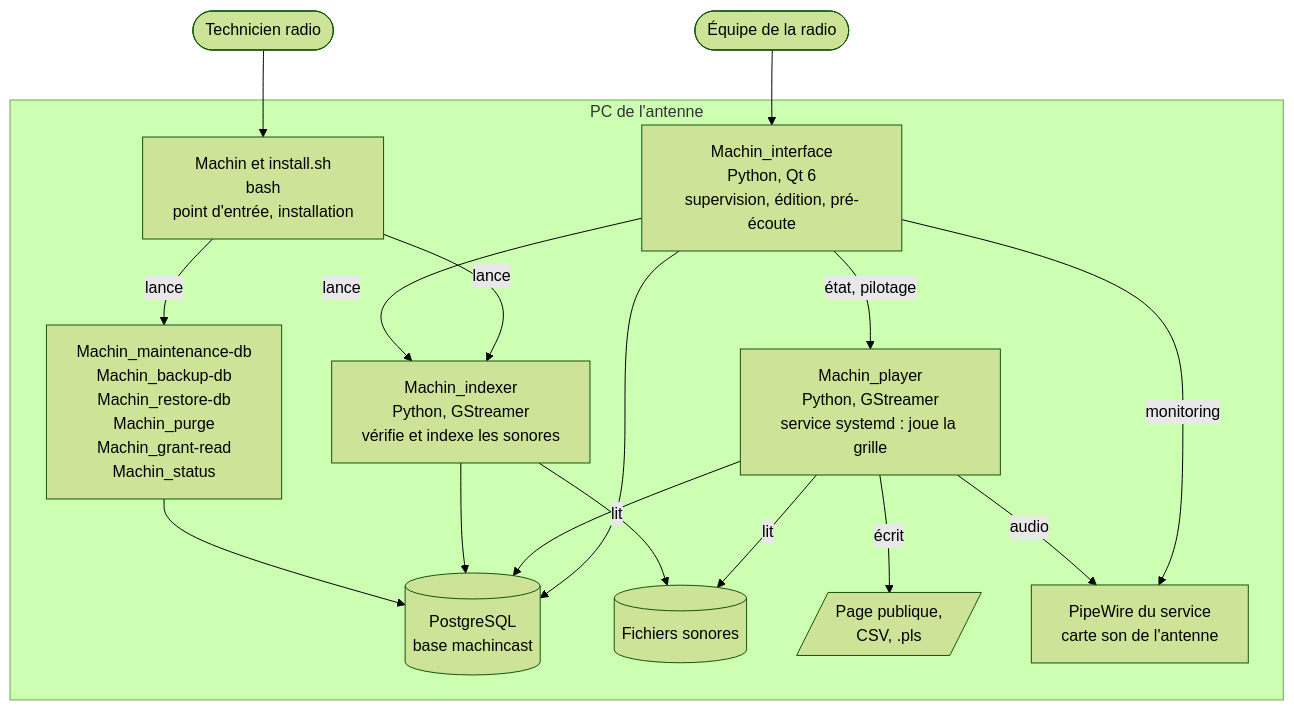
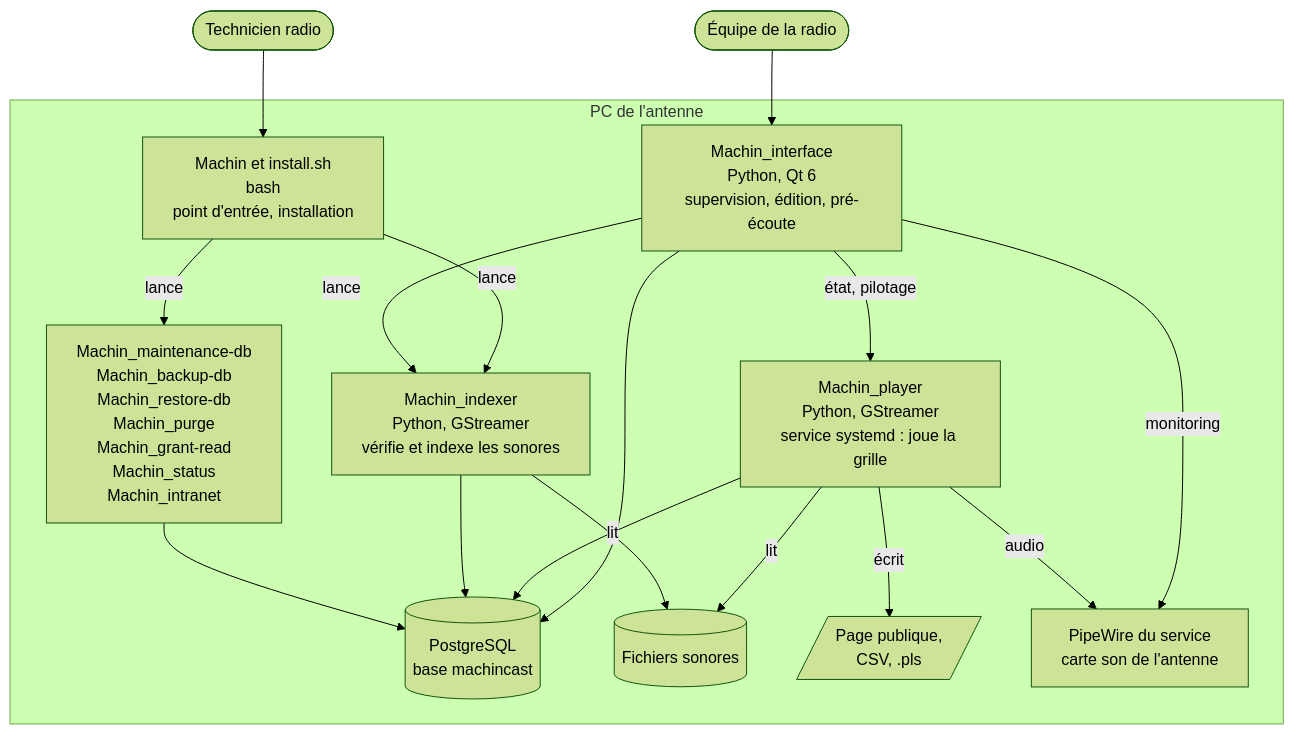
The second of 5 diagrams in doc/fr/architecture.md (dascritch/machincast), drawn with Mermaid (forest theme) before and after one commit. The commit also changed other lines of this file and 32 other files, not shown here.

````diff
--- a/doc/fr/architecture.md
+++ b/doc/fr/architecture.md
@@ -144,33 +144,33 @@
 ```mermaid
 flowchart TB
 	equipe(["Équipe de la radio"])
 	admin(["Technicien radio"])
 
 	subgraph poste["PC de l'antenne"]
 		interface["Machin_interface<br/>Python, Qt 6<br/>supervision, édition, pré-écoute"]
 		wrapper["Machin et install.sh<br/>bash<br/>point d'entrée, installation"]
 		player["Machin_player<br/>Python, GStreamer<br/>service systemd : joue la grille"]
 		indexer["Machin_indexer<br/>Python, GStreamer<br/>vérifie et indexe les sonores"]
-		outils["Machin_maintenance-db<br/>Machin_backup-db<br/>Machin_restore-db<br/>Machin_purge<br/>Machin_grant-read<br/>Machin_status"]
+		outils["Machin_maintenance-db<br/>Machin_backup-db<br/>Machin_restore-db<br/>Machin_purge<br/>Machin_grant-read<br/>Machin_status<br/>Machin_intranet"]
 		base[("PostgreSQL<br/>base machincast")]
 		fichiers[("Fichiers sonores")]
 		sorties[/"Page publique,<br/>CSV, .pls"/]
 		pipewire["PipeWire du service<br/>carte son de l'antenne"]
 	end
 
 	equipe --> interface
 	admin --> wrapper
 	wrapper -->|"lance"| indexer
 	wrapper -->|"lance"| outils
 	interface -->|"état, pilotage"| player
 	interface -->|"lance"| indexer
 	interface -->|"monitoring"| pipewire
 	interface --> base
 	player --> base
 	indexer --> base
 	outils --> base
 	player -->|"audio"| pipewire
 	player -->|"lit"| fichiers
 	indexer -->|"lit"| fichiers
 	player -->|"écrit"| sorties
 ```
````
